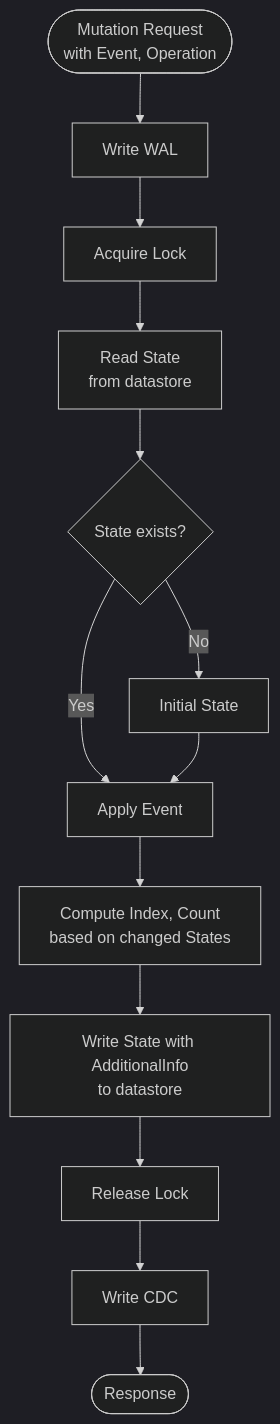
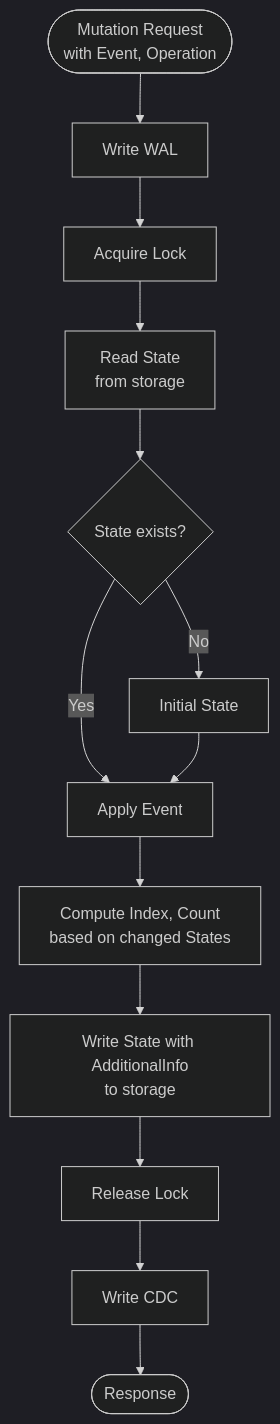
One commit to kakao/actionbase changed the diagram in website/src/content/docs/design/mutation.mdx. Above: the diagram before and after it, drawn with Mermaid (dark theme). The commit also changed other lines of this file and 6 other files, not shown here.

First line of the commit message:
docs(website): rename Datastore to Storage Backends

````diff
--- a/website/src/content/docs/design/mutation.mdx
+++ b/website/src/content/docs/design/mutation.mdx
@@ -14,15 +14,15 @@
 ```mermaid
 flowchart TD
     Request([Mutation Request<br/>with Event, Operation]) --> WAL[Write WAL]
     WAL --> Lock[Acquire Lock]
-    Lock --> Read[Read State<br/>from datastore]
+    Lock --> Read[Read State<br/>from storage]
     Read --> Modify{State exists?}
     Modify -->|Yes| ApplyEvent[Apply Event]
     Modify -->|No| InitialState[Initial State]
     InitialState --> ApplyEvent
     ApplyEvent --> ComputeAdditionalInfo[Compute Index, Count<br/>based on changed States]
-    ComputeAdditionalInfo --> Write[Write State with AdditionalInfo<br/>to datastore]
+    ComputeAdditionalInfo --> Write[Write State with AdditionalInfo<br/>to storage]
     Write --> Release[Release Lock]
     Release --> CDC[Write CDC]
     CDC --> Response([Response])
 ```
````
